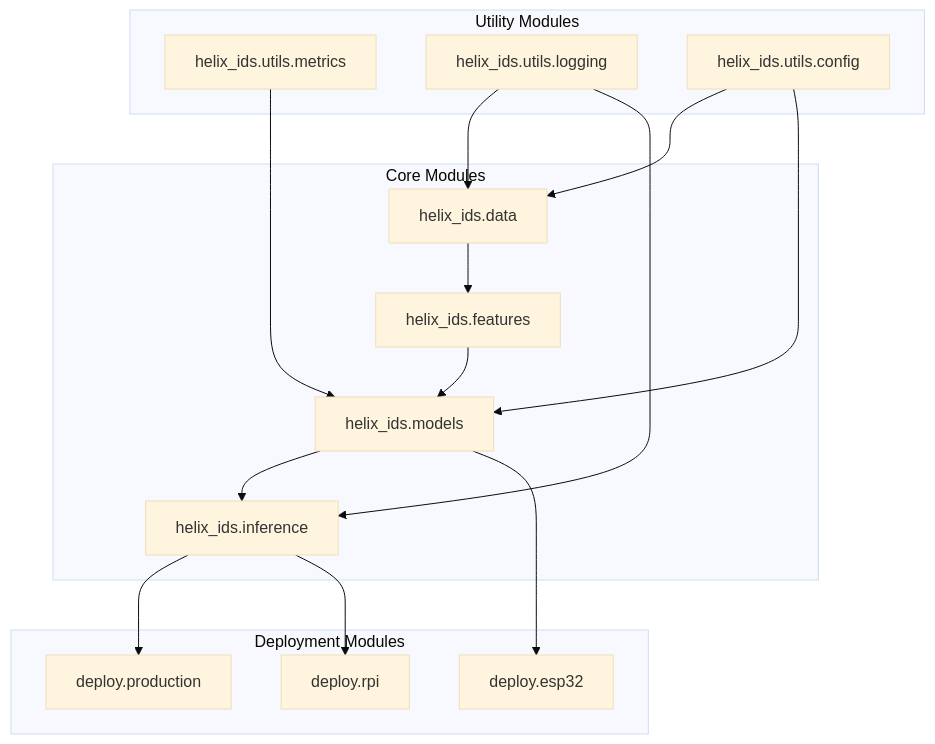
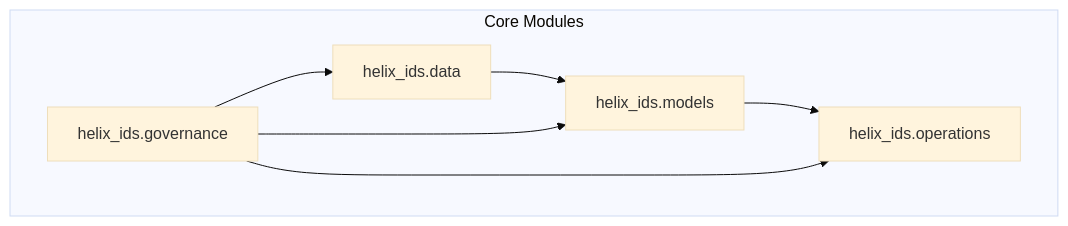
The third of 14 diagrams in docs/architecture/ARCHITECTURE.md (kdhiraj-152/helix-ids), drawn with Mermaid (base theme) before and after one commit. The commit also changed other lines of this file and 9 other files, not shown here.

First line of the commit message:
docs: tighten prose across architecture, governance, operations, and benchmark docs

````diff
--- a/docs/architecture/ARCHITECTURE.md
+++ b/docs/architecture/ARCHITECTURE.md
@@ -179,35 +169,15 @@
 ```mermaid
 graph TD
     subgraph Core["Core Modules"]
         M1[helix_ids.data]
-        M2[helix_ids.features]
-        M3[helix_ids.models]
-        M4[helix_ids.inference]
-    end
-    
-    subgraph Utils["Utility Modules"]
-        U1[helix_ids.utils.metrics]
-        U2[helix_ids.utils.logging]
-        U3[helix_ids.utils.config]
-    end
-    
-    subgraph Deploy["Deployment Modules"]
-        D1[deploy.production]
-        D2[deploy.rpi]
-        D3[deploy.esp32]
+        M2[helix_ids.models]
+        M3[helix_ids.governance]
+        M4[helix_ids.operations]
     end
     
     M1 --> M2
-    M2 --> M3
+    M2 --> M4
+    M3 --> M1
+    M3 --> M2
     M3 --> M4
-    
-    U1 --> M3
-    U2 --> M1
-    U2 --> M4
-    U3 --> M1
-    U3 --> M3
-    
-    M4 --> D1
-    M4 --> D2
-    M3 --> D3
 ```
````
